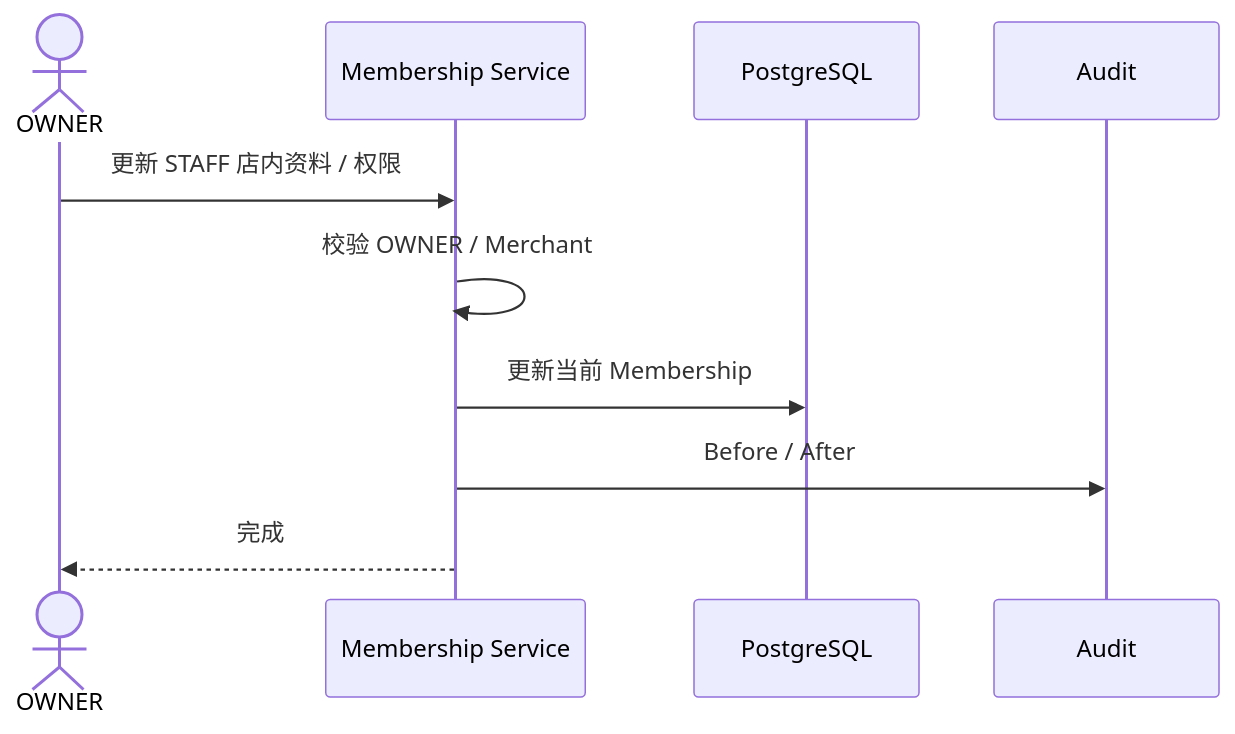
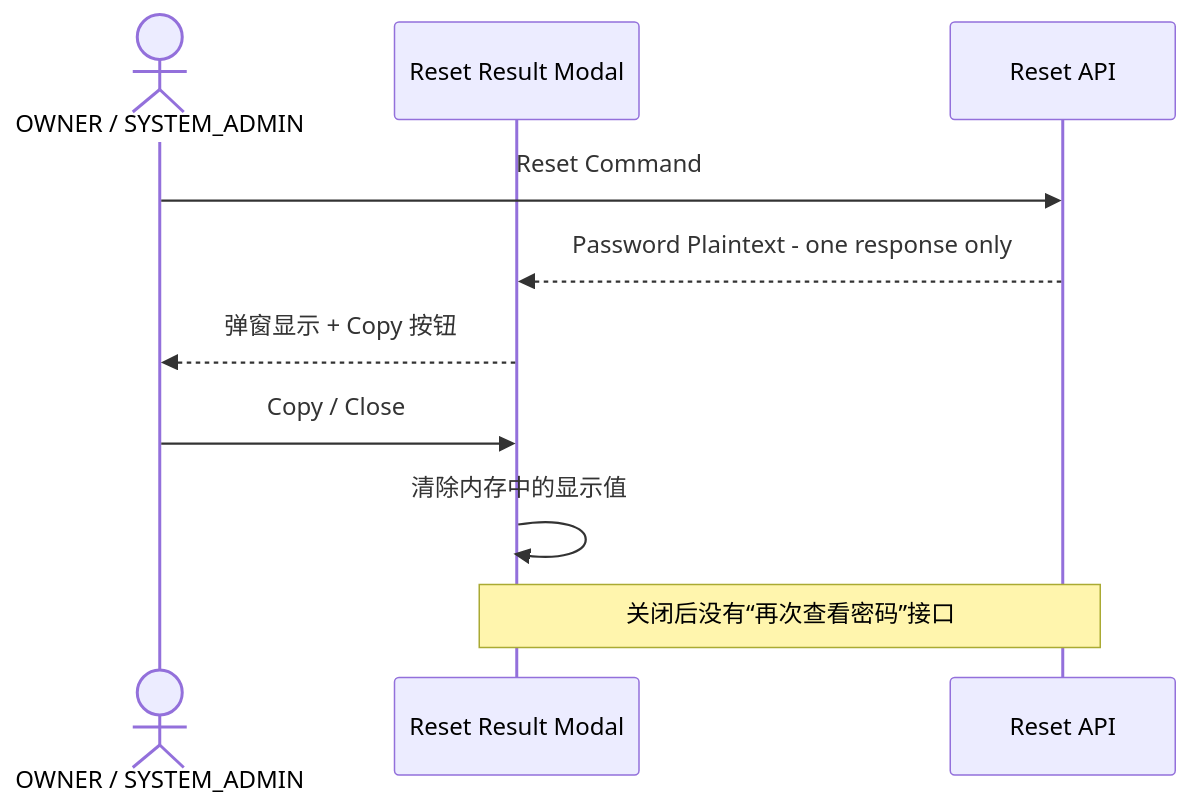
One commit to sxyq/mastergoods changed the second of 2 diagrams in docs/system-design/01-账户与身份/03-用户资料与账号管理.md. Above: the diagram before and after it, drawn with Mermaid. The commit also changed other lines of this file and 7 other files, not shown here.

Commit message:
docs(identity): refine password reset and staff account boundaries

````diff
--- a/docs/system-design/01-账户与身份/03-用户资料与账号管理.md
+++ b/docs/system-design/01-账户与身份/03-用户资料与账号管理.md
@@ -101,13 +126,13 @@
 ```mermaid
 sequenceDiagram
-    actor O as OWNER
-    participant MEMBER as Membership Service
-    participant DB as PostgreSQL
-    participant AUDIT as Audit
+    actor A as OWNER / SYSTEM_ADMIN
+    participant UI as Reset Result Modal
+    participant API as Reset API
 
-    O->>MEMBER: 更新 STAFF 店内资料 / 权限
-    MEMBER->>MEMBER: 校验 OWNER / Merchant
-    MEMBER->>DB: 更新当前 Membership
-    MEMBER->>AUDIT: Before / After
-    MEMBER-->>O: 完成
+    A->>API: Reset Command
+    API-->>UI: Password Plaintext - one response only
+    UI-->>A: 弹窗显示 + Copy 按钮
+    A->>UI: Copy / Close
+    UI->>UI: 清除内存中的显示值
+    Note over UI,API: 关闭后没有“再次查看密码”接口
 ```
````
